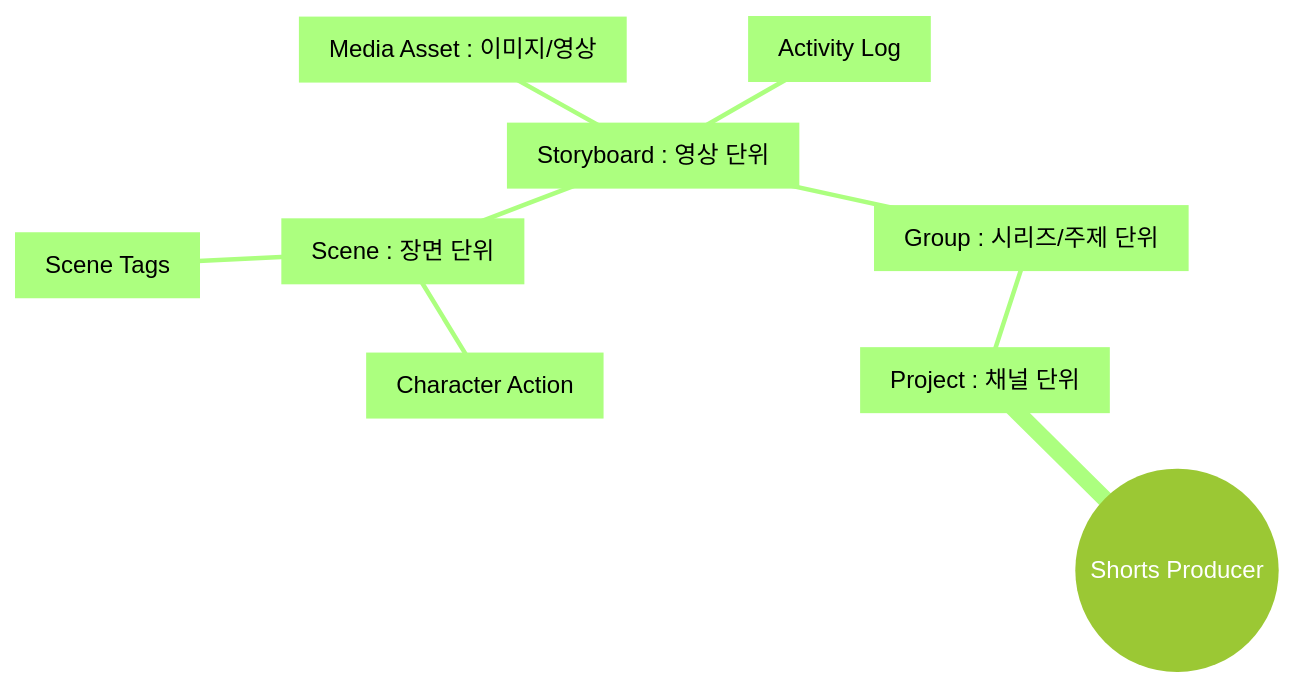
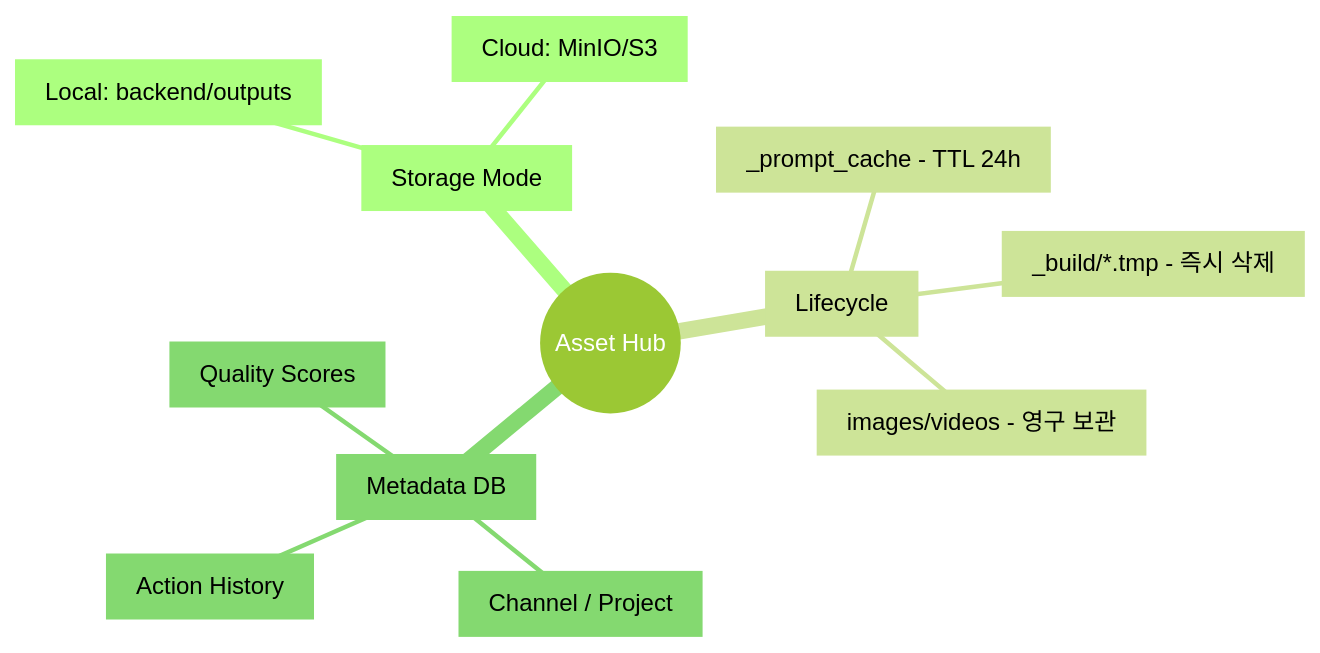
One commit to tomo-playground/sdd-orchestrator changed the second of 2 diagrams in docs/01_product/PRD.md. Above: the diagram before and after it, drawn with Mermaid (forest theme). The commit also changed other lines of this file and 7 other files, not shown here.

````diff
--- a/docs/01_product/PRD.md
+++ b/docs/01_product/PRD.md
@@ -41,12 +43,15 @@
 ```mermaid
 mindmap
-    root((Shorts Producer))
-        Project[Project : 채널 단위]
-            Group[Group : 시리즈/주제 단위]
-                Storyboard[Storyboard : 영상 단위]
-                    Scene[Scene : 장면 단위]
-                        CharacterAction[Character Action]
-                        SceneTag[Scene Tags]
-                    Asset[Media Asset : 이미지/영상]
-                    History[Activity Log]
+    root((Asset Hub))
+        Storage[Storage Mode]
+            Local[Local: backend/outputs]
+            S3[Cloud: MinIO/S3]
+        Lifecycle[Lifecycle]
+            Temporary[_build/*.tmp - 즉시 삭제]
+            Cache[_prompt_cache - TTL 24h]
+            Persistent[images/videos - 영구 보관]
+        Metadata[Metadata DB]
+            Project[Channel / Project]
+            Activity[Action History]
+            Evaluation[Quality Scores]
 ```
````
